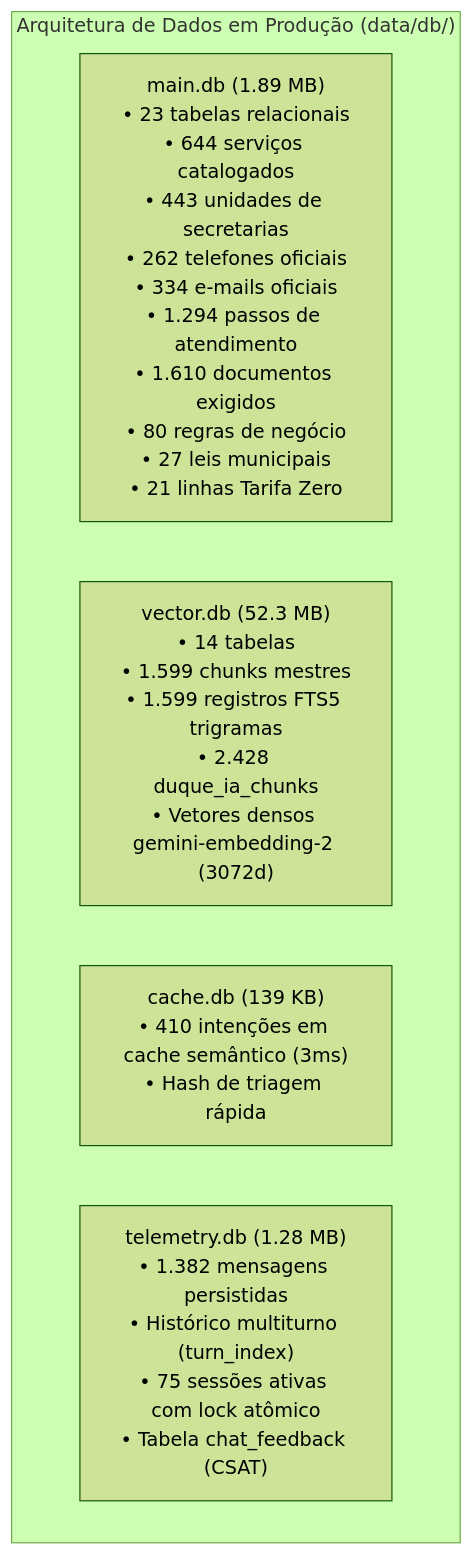
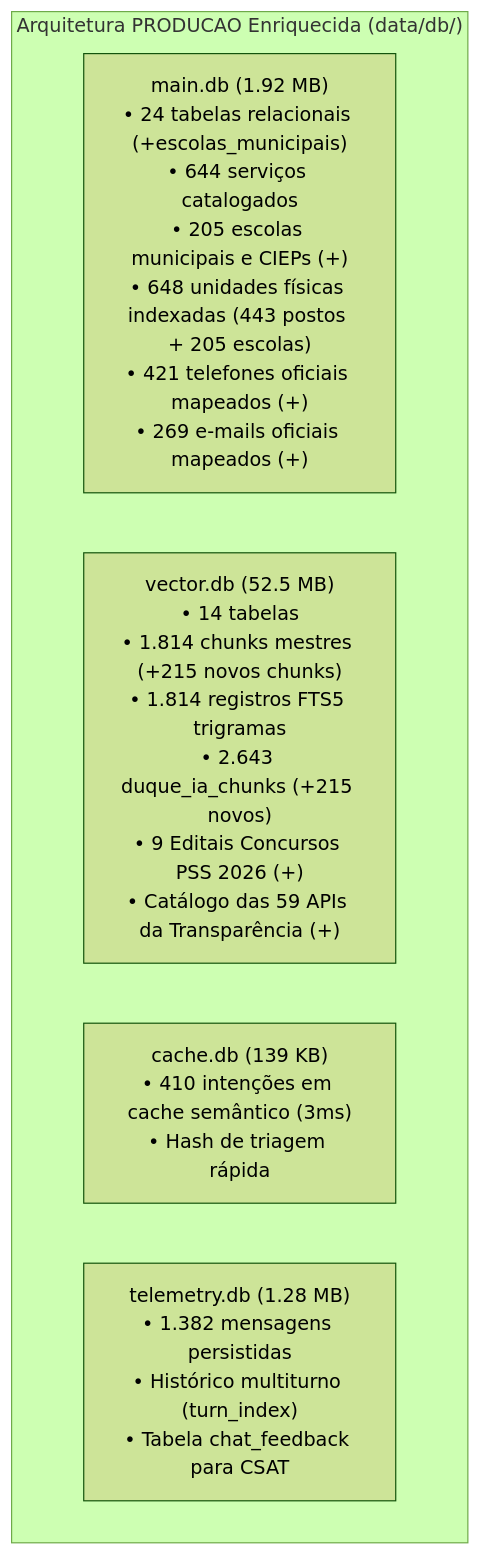
Before and after one commit to ouvidoriag/duqueia: the diagram in docs/PLANO_MESTRE_AUDITORIA_E_CONSOLIDACAO_DADOS.md, drawn with Mermaid (forest theme). The commit also changed other lines of this file and 19 other files, not shown here.

Commit message:
feat(consolidacao): ingerir 205 escolas municipais, editais PSS 2026, 59 APIs e 1.623 sinonimos populares

````diff
--- a/docs/PLANO_MESTRE_AUDITORIA_E_CONSOLIDACAO_DADOS.md
+++ b/docs/PLANO_MESTRE_AUDITORIA_E_CONSOLIDACAO_DADOS.md
@@ -182,9 +92,9 @@
 ```mermaid
 flowchart TD
-    subgraph ArquiteturaProducao["Arquitetura de Dados em Produção (data/db/)"]
-        M["main.db (1.89 MB)<br>• 23 tabelas relacionais<br>• 644 serviços catalogados<br>• 443 unidades de secretarias<br>• 262 telefones oficiais<br>• 334 e-mails oficiais<br>• 1.294 passos de atendimento<br>• 1.610 documentos exigidos<br>• 80 regras de negócio<br>• 27 leis municipais<br>• 21 linhas Tarifa Zero"]
-        V["vector.db (52.3 MB)<br>• 14 tabelas<br>• 1.599 chunks mestres<br>• 1.599 registros FTS5 trigramas<br>• 2.428 duque_ia_chunks<br>• Vetores densos gemini-embedding-2 (3072d)"]
+    subgraph ArquiteturaProducaoPosConsolidacao["Arquitetura PRODUCAO Enriquecida (data/db/)"]
+        M["main.db (1.92 MB)<br>• 24 tabelas relacionais (+escolas_municipais)<br>• 644 serviços catalogados<br>• 205 escolas municipais e CIEPs (+)<br>• 648 unidades físicas indexadas (443 postos + 205 escolas)<br>• 421 telefones oficiais mapeados (+)<br>• 269 e-mails oficiais mapeados (+)"]
+        V["vector.db (52.5 MB)<br>• 14 tabelas<br>• 1.814 chunks mestres (+215 novos chunks)<br>• 1.814 registros FTS5 trigramas<br>• 2.643 duque_ia_chunks (+215 novos)<br>• 9 Editais Concursos PSS 2026 (+)<br>• Catálogo das 59 APIs da Transparência (+)"]
         C["cache.db (139 KB)<br>• 410 intenções em cache semântico (3ms)<br>• Hash de triagem rápida"]
-        T["telemetry.db (1.28 MB)<br>• 1.382 mensagens persistidas<br>• Histórico multiturno (turn_index)<br>• 75 sessões ativas com lock atômico<br>• Tabela chat_feedback (CSAT)"]
+        T["telemetry.db (1.28 MB)<br>• 1.382 mensagens persistidas<br>• Histórico multiturno (turn_index)<br>• Tabela chat_feedback para CSAT"]
     end
 ```
````
